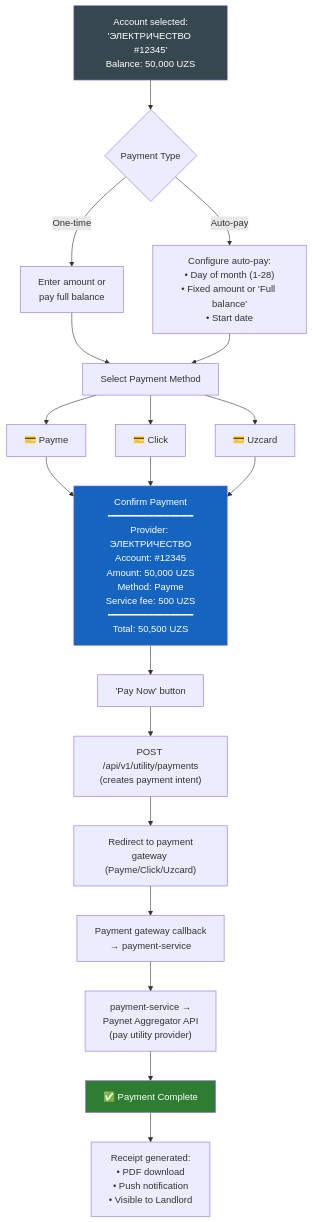
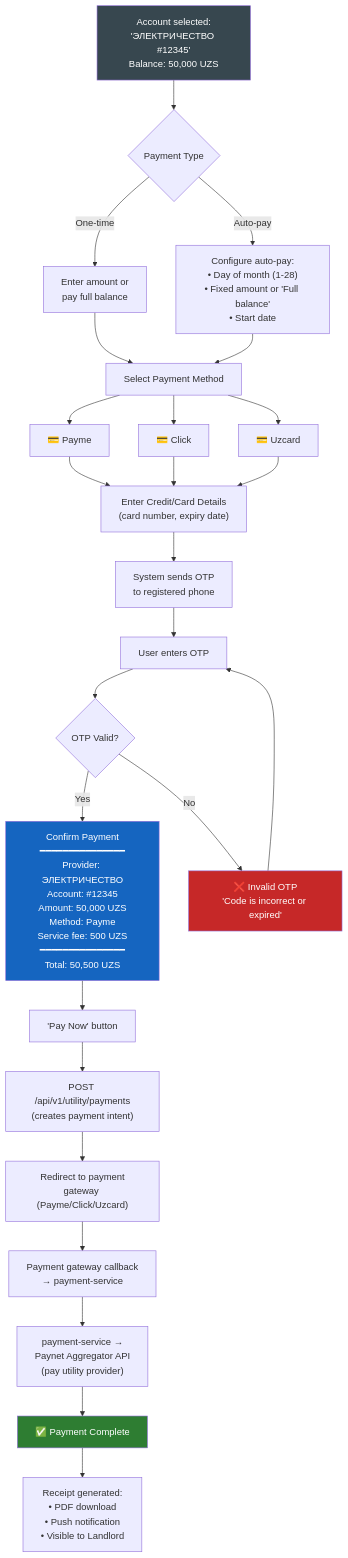
One commit to saodatm-dev/Utilities---Informational-Architecture changed the fifth of 13 diagrams in utilities-payment-userflow.md. Above: the diagram before and after it, drawn with Mermaid.

Commit message:
feat: introduce OTP verification steps into the payment user flow.

````diff
--- a/utilities-payment-userflow.md
+++ b/utilities-payment-userflow.md
@@ -177,33 +177,43 @@
 ```mermaid
 flowchart TD
     ACC["Account selected:<br/>'ЭЛЕКТРИЧЕСТВО #12345'<br/>Balance: 50,000 UZS"] --> TYPE{"Payment Type"}
 
     TYPE -->|"One-time"| AMOUNT["Enter amount or<br/>pay full balance"]
     TYPE -->|"Auto-pay"| SCHED["Configure auto-pay:<br/>• Day of month (1-28)<br/>• Fixed amount or 'Full balance'<br/>• Start date"]
 
     AMOUNT --> METHOD
     SCHED --> METHOD
 
     METHOD["Select Payment Method"]
     METHOD --> PAYME["💳 Payme"]
     METHOD --> CLICK["💳 Click"]
     METHOD --> UZCARD["💳 Uzcard"]
 
-    PAYME --> CONFIRM
-    CLICK --> CONFIRM
-    UZCARD --> CONFIRM
+    PAYME --> CARD_DETAILS
+    CLICK --> CARD_DETAILS
+    UZCARD --> CARD_DETAILS
+
+    CARD_DETAILS["Enter Credit/Card Details<br/>(card number, expiry date)"]
+    CARD_DETAILS --> SEND_OTP["System sends OTP<br/>to registered phone"]
+    SEND_OTP --> ENTER_OTP["User enters OTP"]
+    ENTER_OTP --> OTP_CHECK{"OTP Valid?"}
+
+    OTP_CHECK -->|"Yes"| CONFIRM
+    OTP_CHECK -->|"No"| OTP_ERROR["❌ Invalid OTP<br/>'Code is incorrect or expired'"]
+    OTP_ERROR --> ENTER_OTP
 
     CONFIRM["Confirm Payment<br/>━━━━━━━━━━━━━━━<br/>Provider: ЭЛЕКТРИЧЕСТВО<br/>Account: #12345<br/>Amount: 50,000 UZS<br/>Method: Payme<br/>Service fee: 500 UZS<br/>━━━━━━━━━━━━━━━<br/>Total: 50,500 UZS"]
 
     CONFIRM --> PAY["'Pay Now' button"]
     PAY --> INTENT["POST /api/v1/utility/payments<br/>(creates payment intent)"]
     INTENT --> REDIRECT["Redirect to payment<br/>gateway (Payme/Click/Uzcard)"]
     REDIRECT --> CALLBACK["Payment gateway callback<br/>→ payment-service"]
     CALLBACK --> DISBURSE["payment-service →<br/>Paynet Aggregator API<br/>(pay utility provider)"]
     DISBURSE --> DONE["✅ Payment Complete"]
     DONE --> RECEIPT["Receipt generated:<br/>• PDF download<br/>• Push notification<br/>• Visible to Landlord"]
 
     style ACC fill:#37474F,color:#fff
     style DONE fill:#2E7D32,color:#fff
     style CONFIRM fill:#1565C0,color:#fff
+    style OTP_ERROR fill:#C62828,color:#fff
 ```
````
